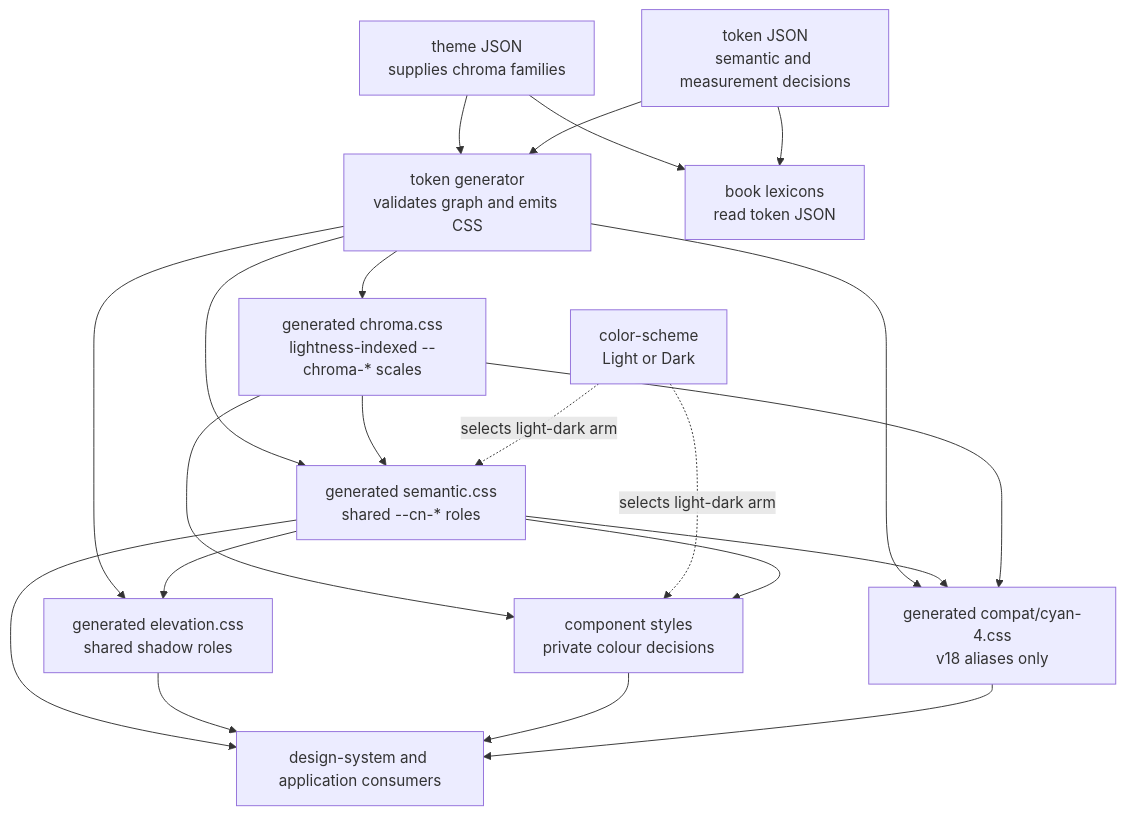
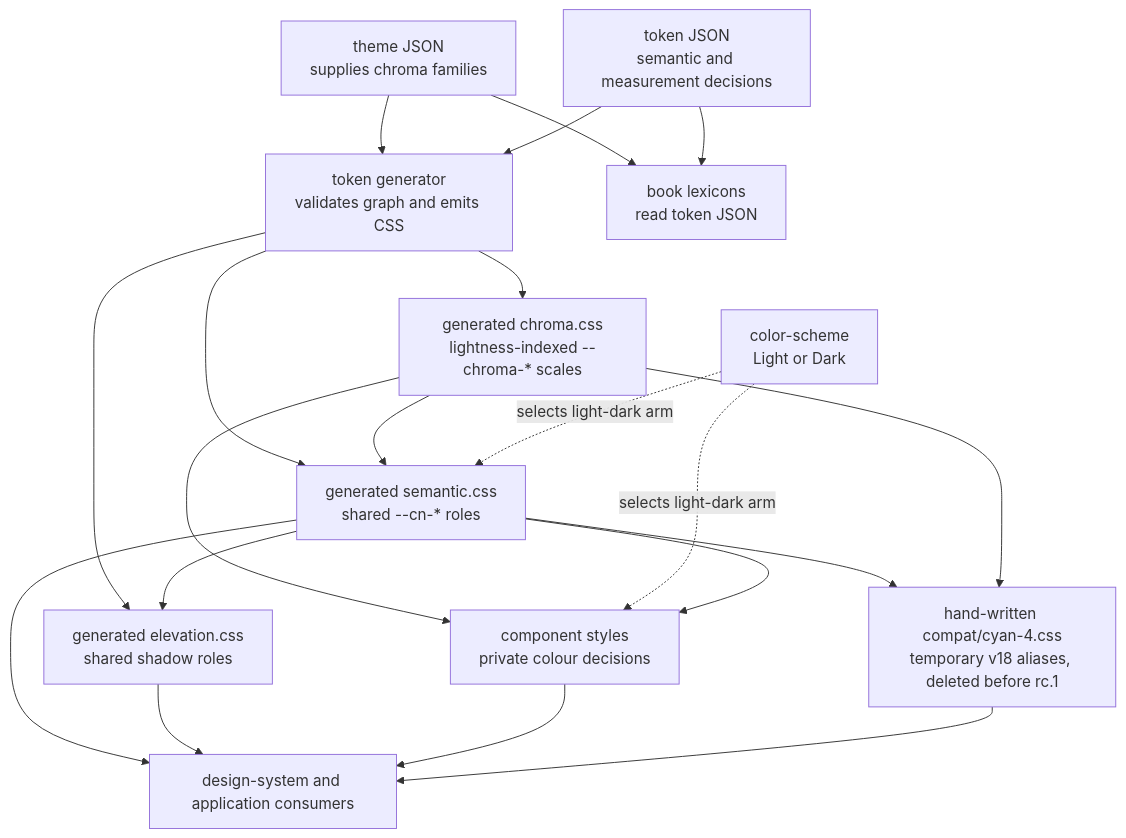
Before and after one commit to villetakanen/pelilauta-social: the first of 2 diagrams in docs/color-token-regression-plan.md, drawn with Mermaid. The commit also changed other lines of this file and 11 other files, not shown here.

````diff
--- a/docs/color-token-regression-plan.md
+++ b/docs/color-token-regression-plan.md
@@ -60,35 +60,34 @@
 ```mermaid
 flowchart TD
   Scheme["color-scheme<br/>Light or Dark"]
   Theme["theme JSON<br/>supplies chroma families"]
   Tokens["token JSON<br/>semantic and measurement decisions"]
   Generator["token generator<br/>validates graph and emits CSS"]
   Chroma["generated chroma.css<br/>lightness-indexed --chroma-* scales"]
   Semantic["generated semantic.css<br/>shared --cn-* roles"]
   Elevation["generated elevation.css<br/>shared shadow roles"]
   Private["component styles<br/>private colour decisions"]
-  Compat["generated compat/cyan-4.css<br/>v18 aliases only"]
+  Compat["hand-written compat/cyan-4.css<br/>temporary v18 aliases, deleted before rc.1"]
   Books["book lexicons<br/>read token JSON"]
   Consumers["design-system and application consumers"]
 
   Theme --> Generator
   Tokens --> Generator
   Generator --> Chroma
   Generator --> Semantic
   Generator --> Elevation
-  Generator --> Compat
   Theme --> Books
   Tokens --> Books
   Chroma --> Semantic
   Chroma --> Private
   Scheme -. selects light-dark arm .-> Semantic
   Scheme -. selects light-dark arm .-> Private
   Semantic --> Elevation
   Semantic --> Private
   Semantic --> Compat
   Chroma --> Compat
   Semantic --> Consumers
   Elevation --> Consumers
   Private --> Consumers
   Compat --> Consumers
 ```
````
